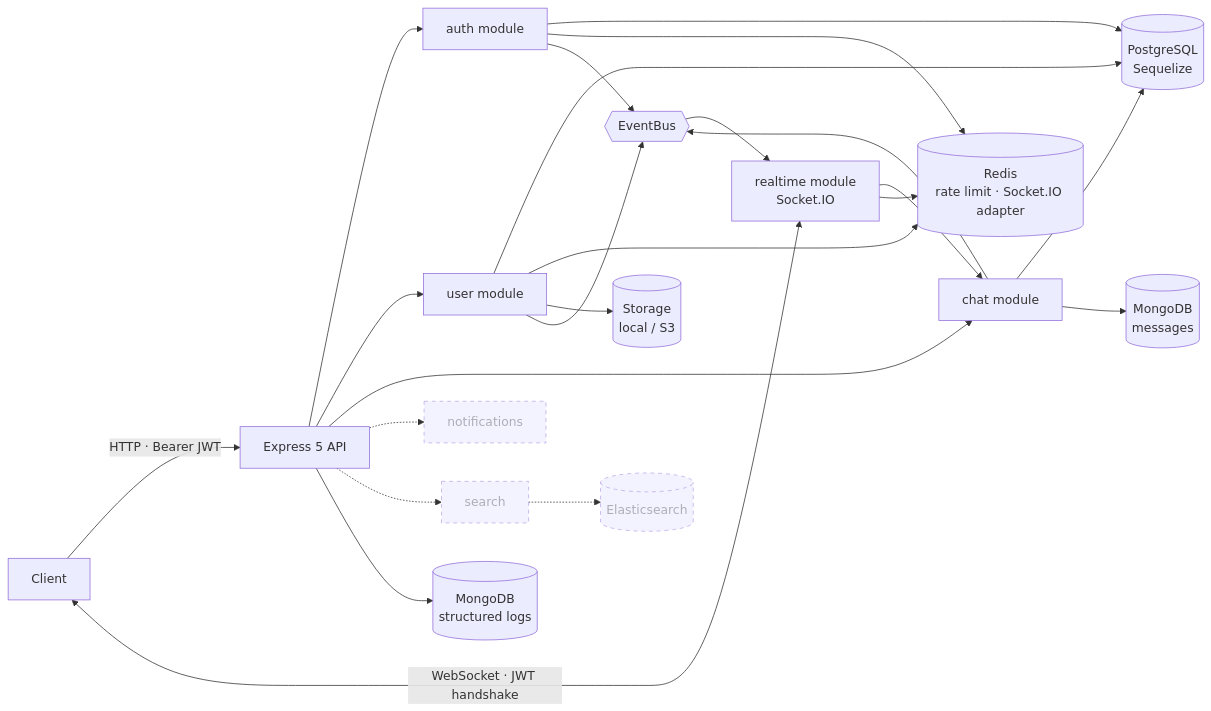
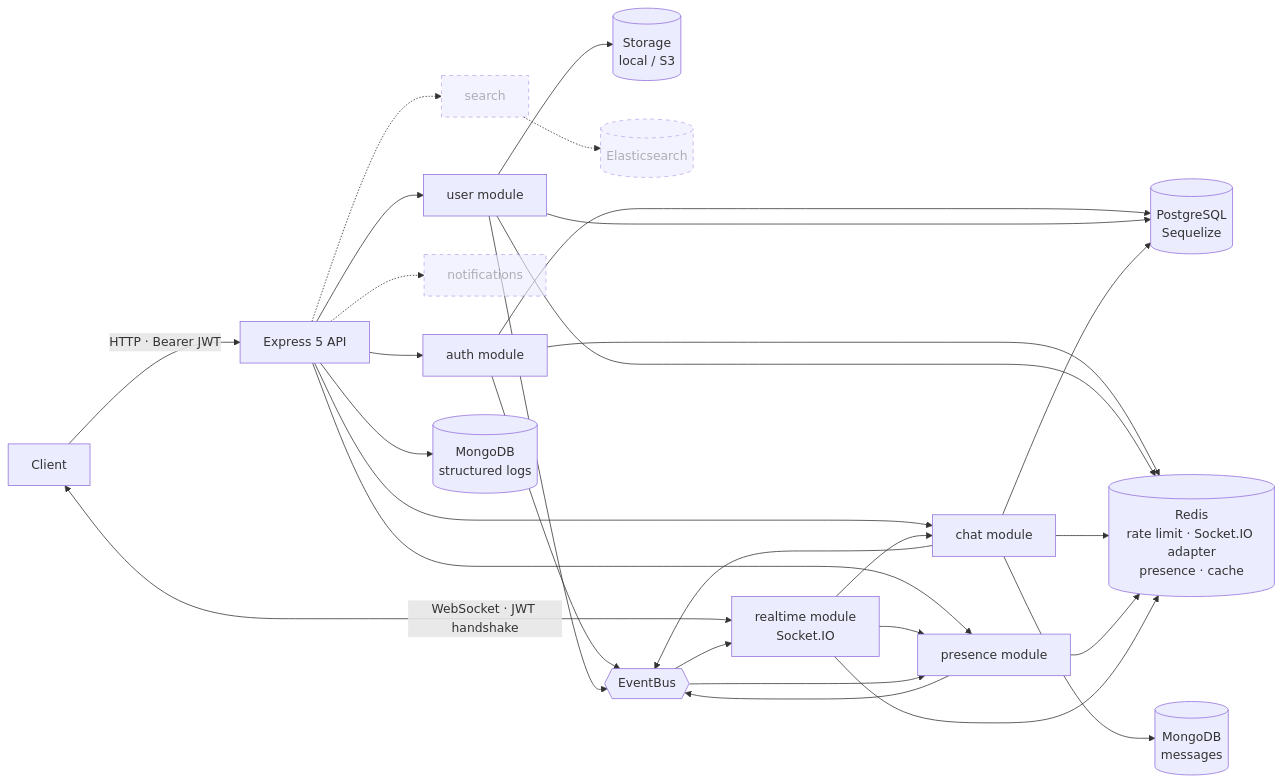
One commit to GabeSilvaDev/realtime-messaging-platform changed the diagram in README.md. Above: the diagram before and after it, drawn with Mermaid. The commit also changed other lines of this file and 1 other file, not shown here.

Commit message:
📝 docs: documenta a presença, o cache Redis e a API de presença

````diff
--- a/README.md
+++ b/README.md
@@ -27,22 +27,25 @@
 ```mermaid
 flowchart LR
     C[Client] -->|HTTP · Bearer JWT| API[Express 5 API]
     C <-->|WebSocket · JWT handshake| RT[realtime module<br/>Socket.IO]
     API --> AUTH[auth module]
     API --> USER[user module]
     API --> CHAT[chat module]
+    API --> PRES[presence module]
     RT --> CHAT
+    RT --> PRES
     API -.-> NOTIF[notifications]
     API -.-> SEARCH[search]
     AUTH & USER & CHAT --> PG[(PostgreSQL<br/>Sequelize)]
-    AUTH & USER & RT --> RD[(Redis<br/>rate limit · Socket.IO adapter)]
+    AUTH & USER & CHAT & PRES & RT --> RD[(Redis<br/>rate limit · Socket.IO adapter<br/>presence · cache)]
     USER --> ST[(Storage<br/>local / S3)]
     API --> LOG[(MongoDB<br/>structured logs)]
     CHAT --> MG[(MongoDB<br/>messages)]
     SEARCH -.-> ES[(Elasticsearch)]
-    AUTH & USER & CHAT --> EB{{EventBus}}
+    AUTH & USER & CHAT & PRES --> EB{{EventBus}}
     EB --> RT
+    EB --> PRES
 
     classDef planned stroke-dasharray: 5 5,opacity:0.6
     class NOTIF,SEARCH,ES planned
 ```
````
